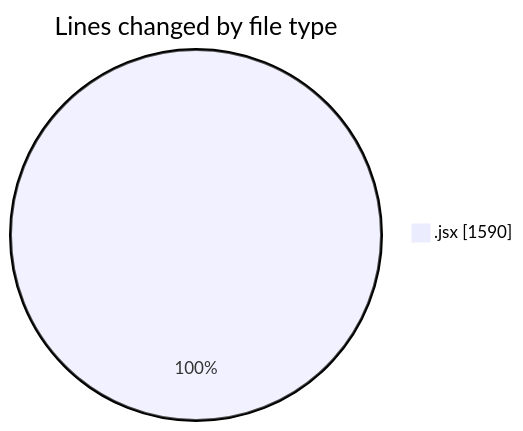
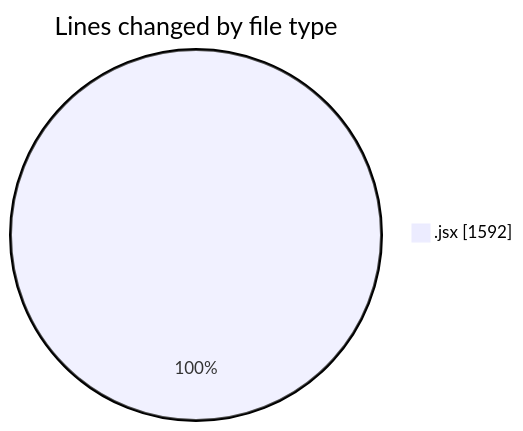
Before and after one commit to nxtqubesakshisongat/code-tracking: the first of 2 diagrams in 2025-08-22/nxtqube_webapp/README.md, drawn with Mermaid. The commit also changed other lines of this file and 1 other file, not shown here.

````diff
--- a/2025-08-22/nxtqube_webapp/README.md
+++ b/2025-08-22/nxtqube_webapp/README.md
@@ -20,5 +20,5 @@
 ```mermaid
 pie showData
 title Lines changed by file type
-".jsx" : 1590
+".jsx" : 1592
 ```
````
